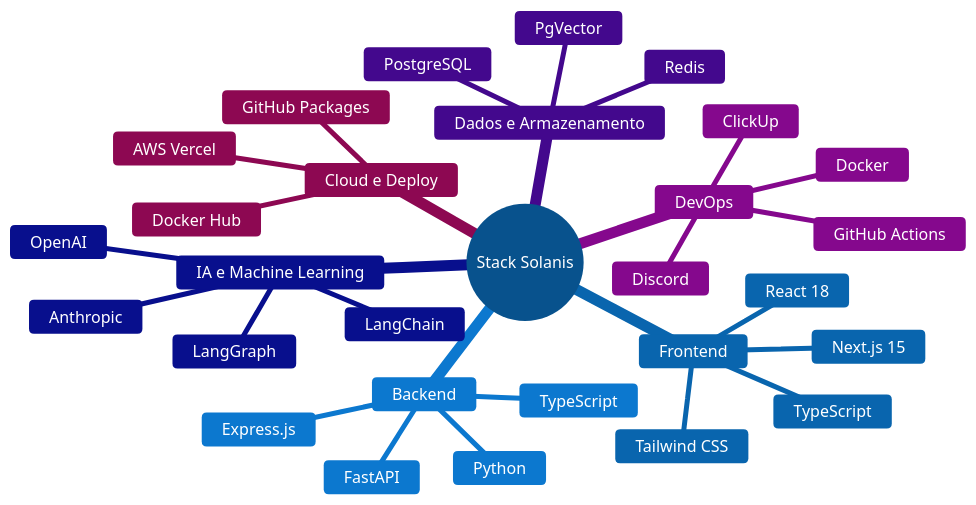
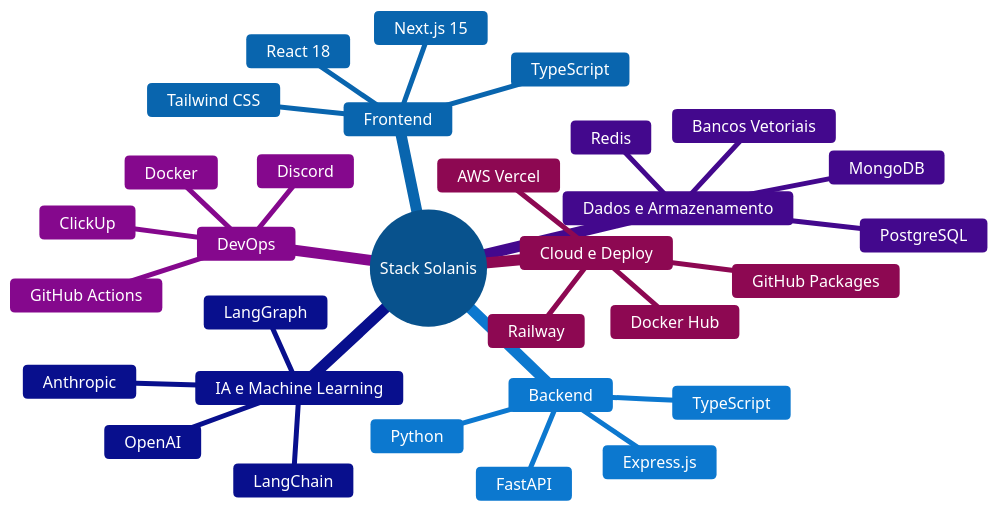
The first of 21 diagrams in README.md (solanisdev/solar), drawn with Mermaid before and after one commit. The commit also changed other lines of this file, not shown here.

````diff
--- a/README.md
+++ b/README.md
@@ -28,33 +29,35 @@
 ```mermaid
 %%{init: {'theme':'base', 'themeVariables': {'primaryColor':'#2196F3','primaryTextColor':'#ffffff','primaryBorderColor':'#1976D2','lineColor':'#0D47A1','secondaryColor':'#42A5F5','tertiaryColor':'#64B5F6','background':'#ffffff','mainBkg':'#2196F3','secondaryBkg':'#1E88E5','tertiaryBkg':'#1976D2'}}}%%
 mindmap
   root((Stack Solanis))
     Frontend
       Next.js 15
       React 18
       TypeScript
       Tailwind CSS
     Backend
       FastAPI
       Express.js
       TypeScript
       Python
     IA e Machine Learning
       LangChain
       LangGraph
       OpenAI
       Anthropic
     Dados e Armazenamento
       PostgreSQL
+      MongoDB
       Redis
-      PgVector
+      Bancos Vetoriais
     DevOps
       Docker
       GitHub Actions
       ClickUp
       Discord
     Cloud e Deploy
       AWS Vercel
+      Railway
       Docker Hub
       GitHub Packages
 ```
````
